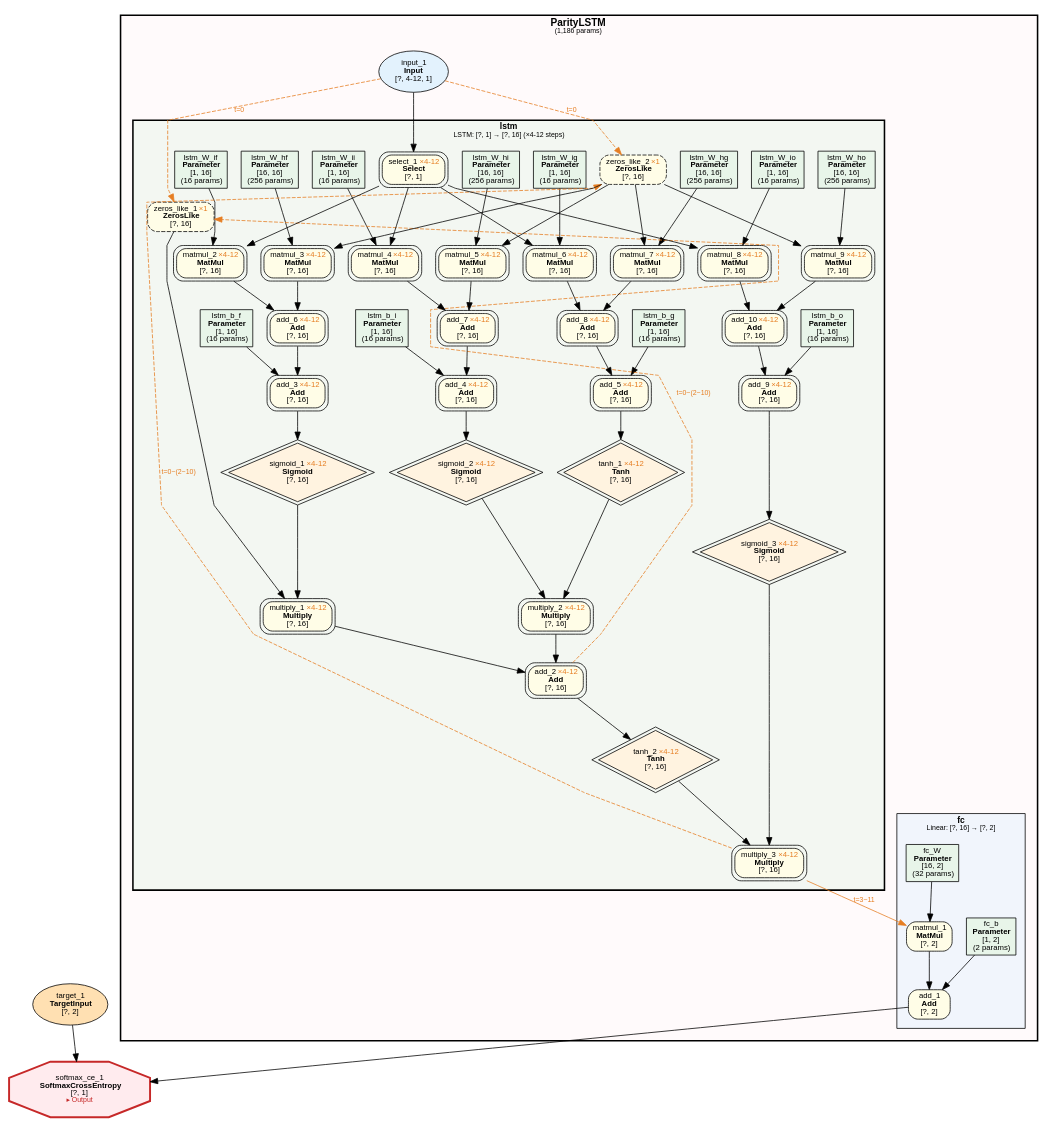
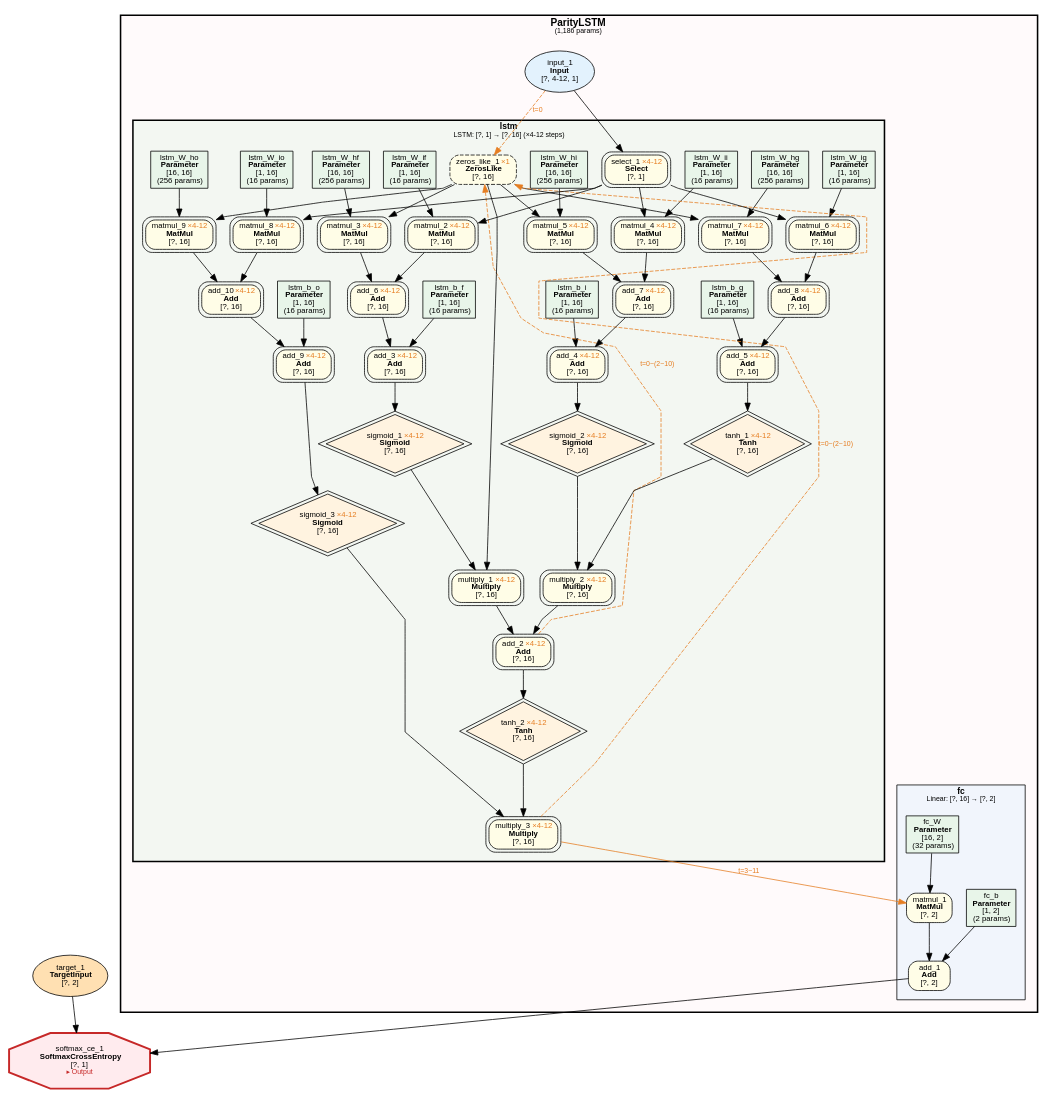
One commit to dbsxdbsx/only_torch changed the diagram in examples/parity_lstm_var_len/parity_lstm_var_len.dot. Above: the diagram before and after it, drawn with Graphviz. The commit also changed 33 other files, not shown here.

First line of the commit message:
feat(graph): 实现通用 CSE 节点去重机制

```diff
--- a/examples/parity_lstm_var_len/parity_lstm_var_len.dot
+++ b/examples/parity_lstm_var_len/parity_lstm_var_len.dot
@@ -1,142 +1,140 @@
 digraph ComputeGraph {
     rankdir=TB;
     newrank=true;
     splines=polyline;
     node [fontname="Microsoft YaHei,SimHei,Arial"];
     edge [fontname="Microsoft YaHei,SimHei,Arial"];
 
     subgraph cluster_model_ParityLSTM {
         label=<<B>ParityLSTM</B><BR/><FONT POINT-SIZE="9">(1,186 params)</FONT>>;
         style="filled,bold";
         fillcolor="#FFEBEE40";
         fontname="Microsoft YaHei,SimHei,Arial";
         fontsize=13;
         margin=16;
 
         subgraph cluster_ParityLSTM_fc {
             label=<<B>fc</B><BR/><FONT POINT-SIZE="9">Linear: [?, 16] → [?, 2]</FONT>>;
             style=filled;
             fillcolor="#E3F2FD80";
             fontname="Microsoft YaHei,SimHei,Arial";
             fontsize=11;
             margin=12;
                 "2" [label=<add_1<BR/><B>Add</B><BR/>[?, 2]> shape=box style="filled,rounded" fillcolor="#FFFDE7" fontsize=10];
                 "4" [label=<matmul_1<BR/><B>MatMul</B><BR/>[?, 2]> shape=box style="filled,rounded" fillcolor="#FFFDE7" fontsize=10];
                 "5" [label=<fc_b<BR/><B>Parameter</B><BR/>[1, 2]<BR/>(2 params)> shape=box style=filled fillcolor="#E8F5E9" fontsize=10];
                 "6" [label=<fc_W<BR/><B>Parameter</B><BR/>[16, 2]<BR/>(32 params)> shape=box style=filled fillcolor="#E8F5E9" fontsize=10];
         }
 
         subgraph cluster_ParityLSTM_lstm {
             label=<<B>lstm</B><BR/><FONT POINT-SIZE="9">LSTM: [?, 1] → [?, 16] (×4-12 steps)</FONT>>;
             style="filled,bold";
             peripheries=3;
             penwidth=2;
             fillcolor="#E8F5E980";
             fontname="Microsoft YaHei,SimHei,Arial";
             fontsize=11;
             margin=12;
                 "7" [label=<lstm_b_o<BR/><B>Parameter</B><BR/>[1, 16]<BR/>(16 params)> shape=box style=filled fillcolor="#E8F5E9" fontsize=10];
                 "8" [label=<lstm_W_io<BR/><B>Parameter</B><BR/>[1, 16]<BR/>(16 params)> shape=box style=filled fillcolor="#E8F5E9" fontsize=10];
                 "9" [label=<lstm_W_ho<BR/><B>Parameter</B><BR/>[16, 16]<BR/>(256 params)> shape=box style=filled fillcolor="#E8F5E9" fontsize=10];
                 "11" [label=<lstm_b_f<BR/><B>Parameter</B><BR/>[1, 16]<BR/>(16 params)> shape=box style=filled fillcolor="#E8F5E9" fontsize=10];
                 "12" [label=<lstm_b_i<BR/><B>Parameter</B><BR/>[1, 16]<BR/>(16 params)> shape=box style=filled fillcolor="#E8F5E9" fontsize=10];
                 "13" [label=<lstm_b_g<BR/><B>Parameter</B><BR/>[1, 16]<BR/>(16 params)> shape=box style=filled fillcolor="#E8F5E9" fontsize=10];
                 "14" [label=<lstm_W_if<BR/><B>Parameter</B><BR/>[1, 16]<BR/>(16 params)> shape=box style=filled fillcolor="#E8F5E9" fontsize=10];
                 "15" [label=<lstm_W_hf<BR/><B>Parameter</B><BR/>[16, 16]<BR/>(256 params)> shape=box style=filled fillcolor="#E8F5E9" fontsize=10];
                 "16" [label=<lstm_W_ii<BR/><B>Parameter</B><BR/>[1, 16]<BR/>(16 params)> shape=box style=filled fillcolor="#E8F5E9" fontsize=10];
                 "17" [label=<lstm_W_hi<BR/><B>Parameter</B><BR/>[16, 16]<BR/>(256 params)> shape=box style=filled fillcolor="#E8F5E9" fontsize=10];
                 "18" [label=<lstm_W_ig<BR/><B>Parameter</B><BR/>[1, 16]<BR/>(16 params)> shape=box style=filled fillcolor="#E8F5E9" fontsize=10];
                 "19" [label=<lstm_W_hg<BR/><B>Parameter</B><BR/>[16, 16]<BR/>(256 params)> shape=box style=filled fillcolor="#E8F5E9" fontsize=10];
                 "20" [label=<add_2 <FONT COLOR="#E67E22">×4-12</FONT><BR/><B>Add</B><BR/>[?, 16]> shape=box style="filled,rounded" fillcolor="#FFFDE7" fontsize=10 peripheries=2];
                 "21" [label=<multiply_1 <FONT COLOR="#E67E22">×4-12</FONT><BR/><B>Multiply</B><BR/>[?, 16]> shape=box style="filled,rounded" fillcolor="#FFFDE7" fontsize=10 peripheries=2];
                 "22" [label=<multiply_2 <FONT COLOR="#E67E22">×4-12</FONT><BR/><B>Multiply</B><BR/>[?, 16]> shape=box style="filled,rounded" fillcolor="#FFFDE7" fontsize=10 peripheries=2];
                 "23" [label=<sigmoid_1 <FONT COLOR="#E67E22">×4-12</FONT><BR/><B>Sigmoid</B><BR/>[?, 16]> shape=diamond style=filled fillcolor="#FFF3E0" fontsize=10 peripheries=2];
                 "24" [label=<zeros_like_1 <FONT COLOR="#E67E22">×1</FONT><BR/><B>ZerosLike</B><BR/>[?, 16]> shape=box style="filled,rounded,dashed" fillcolor="#FFFDE7" fontsize=10];
                 "25" [label=<sigmoid_2 <FONT COLOR="#E67E22">×4-12</FONT><BR/><B>Sigmoid</B><BR/>[?, 16]> shape=diamond style=filled fillcolor="#FFF3E0" fontsize=10 peripheries=2];
                 "26" [label=<tanh_1 <FONT COLOR="#E67E22">×4-12</FONT><BR/><B>Tanh</B><BR/>[?, 16]> shape=diamond style=filled fillcolor="#FFF3E0" fontsize=10 peripheries=2];
                 "27" [label=<add_3 <FONT COLOR="#E67E22">×4-12</FONT><BR/><B>Add</B><BR/>[?, 16]> shape=box style="filled,rounded" fillcolor="#FFFDE7" fontsize=10 peripheries=2];
                 "28" [label=<add_4 <FONT COLOR="#E67E22">×4-12</FONT><BR/><B>Add</B><BR/>[?, 16]> shape=box style="filled,rounded" fillcolor="#FFFDE7" fontsize=10 peripheries=2];
                 "29" [label=<add_5 <FONT COLOR="#E67E22">×4-12</FONT><BR/><B>Add</B><BR/>[?, 16]> shape=box style="filled,rounded" fillcolor="#FFFDE7" fontsize=10 peripheries=2];
                 "30" [label=<multiply_3 <FONT COLOR="#E67E22">×4-12</FONT><BR/><B>Multiply</B><BR/>[?, 16]> shape=box style="filled,rounded" fillcolor="#FFFDE7" fontsize=10 peripheries=2];
                 "31" [label=<add_6 <FONT COLOR="#E67E22">×4-12</FONT><BR/><B>Add</B><BR/>[?, 16]> shape=box style="filled,rounded" fillcolor="#FFFDE7" fontsize=10 peripheries=2];
                 "32" [label=<add_7 <FONT COLOR="#E67E22">×4-12</FONT><BR/><B>Add</B><BR/>[?, 16]> shape=box style="filled,rounded" fillcolor="#FFFDE7" fontsize=10 peripheries=2];
                 "33" [label=<add_8 <FONT COLOR="#E67E22">×4-12</FONT><BR/><B>Add</B><BR/>[?, 16]> shape=box style="filled,rounded" fillcolor="#FFFDE7" fontsize=10 peripheries=2];
                 "34" [label=<sigmoid_3 <FONT COLOR="#E67E22">×4-12</FONT><BR/><B>Sigmoid</B><BR/>[?, 16]> shape=diamond style=filled fillcolor="#FFF3E0" fontsize=10 peripheries=2];
                 "35" [label=<tanh_2 <FONT COLOR="#E67E22">×4-12</FONT><BR/><B>Tanh</B><BR/>[?, 16]> shape=diamond style=filled fillcolor="#FFF3E0" fontsize=10 peripheries=2];
                 "36" [label=<matmul_2 <FONT COLOR="#E67E22">×4-12</FONT><BR/><B>MatMul</B><BR/>[?, 16]> shape=box style="filled,rounded" fillcolor="#FFFDE7" fontsize=10 peripheries=2];
                 "37" [label=<matmul_3 <FONT COLOR="#E67E22">×4-12</FONT><BR/><B>MatMul</B><BR/>[?, 16]> shape=box style="filled,rounded" fillcolor="#FFFDE7" fontsize=10 peripheries=2];
                 "38" [label=<matmul_4 <FONT COLOR="#E67E22">×4-12</FONT><BR/><B>MatMul</B><BR/>[?, 16]> shape=box style="filled,rounded" fillcolor="#FFFDE7" fontsize=10 peripheries=2];
                 "39" [label=<matmul_5 <FONT COLOR="#E67E22">×4-12</FONT><BR/><B>MatMul</B><BR/>[?, 16]> shape=box style="filled,rounded" fillcolor="#FFFDE7" fontsize=10 peripheries=2];
                 "40" [label=<matmul_6 <FONT COLOR="#E67E22">×4-12</FONT><BR/><B>MatMul</B><BR/>[?, 16]> shape=box style="filled,rounded" fillcolor="#FFFDE7" fontsize=10 peripheries=2];
                 "41" [label=<matmul_7 <FONT COLOR="#E67E22">×4-12</FONT><BR/><B>MatMul</B><BR/>[?, 16]> shape=box style="filled,rounded" fillcolor="#FFFDE7" fontsize=10 peripheries=2];
                 "42" [label=<add_9 <FONT COLOR="#E67E22">×4-12</FONT><BR/><B>Add</B><BR/>[?, 16]> shape=box style="filled,rounded" fillcolor="#FFFDE7" fontsize=10 peripheries=2];
                 "43" [label=<select_1 <FONT COLOR="#E67E22">×4-12</FONT><BR/><B>Select</B><BR/>[?, 1]> shape=box style="filled,rounded" fillcolor="#FFFDE7" fontsize=10 peripheries=2];
-                "44" [label=<zeros_like_2 <FONT COLOR="#E67E22">×1</FONT><BR/><B>ZerosLike</B><BR/>[?, 16]> shape=box style="filled,rounded,dashed" fillcolor="#FFFDE7" fontsize=10];
-                "45" [label=<add_10 <FONT COLOR="#E67E22">×4-12</FONT><BR/><B>Add</B><BR/>[?, 16]> shape=box style="filled,rounded" fillcolor="#FFFDE7" fontsize=10 peripheries=2];
-                "46" [label=<matmul_8 <FONT COLOR="#E67E22">×4-12</FONT><BR/><B>MatMul</B><BR/>[?, 16]> shape=box style="filled,rounded" fillcolor="#FFFDE7" fontsize=10 peripheries=2];
-                "47" [label=<matmul_9 <FONT COLOR="#E67E22">×4-12</FONT><BR/><B>MatMul</B><BR/>[?, 16]> shape=box style="filled,rounded" fillcolor="#FFFDE7" fontsize=10 peripheries=2];
+                "44" [label=<add_10 <FONT COLOR="#E67E22">×4-12</FONT><BR/><B>Add</B><BR/>[?, 16]> shape=box style="filled,rounded" fillcolor="#FFFDE7" fontsize=10 peripheries=2];
+                "45" [label=<matmul_8 <FONT COLOR="#E67E22">×4-12</FONT><BR/><B>MatMul</B><BR/>[?, 16]> shape=box style="filled,rounded" fillcolor="#FFFDE7" fontsize=10 peripheries=2];
+                "46" [label=<matmul_9 <FONT COLOR="#E67E22">×4-12</FONT><BR/><B>MatMul</B><BR/>[?, 16]> shape=box style="filled,rounded" fillcolor="#FFFDE7" fontsize=10 peripheries=2];
         }
 
         "10" [label=<input_1<BR/><B>Input</B><BR/>[?, 4-12, 1]> shape=ellipse style=filled fillcolor="#E3F2FD" fontsize=10];
     }
 
     "1" [label=<softmax_ce_1<BR/><B>SoftmaxCrossEntropy</B><BR/>[?, 1]<BR/><FONT COLOR="#C62828" POINT-SIZE="9">▸ Output</FONT>> shape=octagon style=filled fillcolor="#FFEBEE" fontsize=10 penwidth=2.5 color="#C62828"];
     "3" [label=<target_1<BR/><B>TargetInput</B><BR/>[?, 2]> shape=ellipse style=filled fillcolor="#FFE0B2" fontsize=10];
 
     "2" -> "1";
     "3" -> "1";
     "4" -> "2";
     "5" -> "2";
     "30" -> "4" [ color="#E67E22" label=<t=3~11> fontcolor="#E67E22" fontsize=9];
     "6" -> "4";
     "21" -> "20";
     "22" -> "20";
     "23" -> "21";
     "24" -> "21";
     "25" -> "22";
     "26" -> "22";
     "27" -> "23";
     "10" -> "24" [ style=dashed color="#E67E22" label=<t=0> fontcolor="#E67E22" fontsize=9];
     "28" -> "25";
     "29" -> "26";
     "31" -> "27";
     "11" -> "27";
     "32" -> "28";
     "12" -> "28";
     "33" -> "29";
     "13" -> "29";
     "34" -> "30";
     "35" -> "30";
     "36" -> "31";
     "37" -> "31";
     "38" -> "32";
     "39" -> "32";
     "40" -> "33";
     "41" -> "33";
     "42" -> "34";
     "20" -> "35";
     "43" -> "36";
     "14" -> "36";
-    "44" -> "37";
+    "24" -> "37";
     "15" -> "37";
     "43" -> "38";
     "16" -> "38";
-    "44" -> "39";
+    "24" -> "39";
     "17" -> "39";
     "43" -> "40";
     "18" -> "40";
-    "44" -> "41";
+    "24" -> "41";
     "19" -> "41";
-    "45" -> "42";
+    "44" -> "42";
     "7" -> "42";
     "10" -> "43";
-    "10" -> "44" [ style=dashed color="#E67E22" label=<t=0> fontcolor="#E67E22" fontsize=9];
-    "46" -> "45";
-    "47" -> "45";
-    "43" -> "46";
-    "8" -> "46";
-    "44" -> "47";
-    "9" -> "47";
-    "30" -> "44" [style=dashed color="#E67E22" label=<t=0~(2~10)> fontcolor="#E67E22" fontsize=9 constraint=false];
+    "45" -> "44";
+    "46" -> "44";
+    "43" -> "45";
+    "8" -> "45";
+    "24" -> "46";
+    "9" -> "46";
+    "30" -> "24" [style=dashed color="#E67E22" label=<t=0~(2~10)> fontcolor="#E67E22" fontsize=9 constraint=false];
     "20" -> "24" [style=dashed color="#E67E22" label=<t=0~(2~10)> fontcolor="#E67E22" fontsize=9 constraint=false];
 }
```
